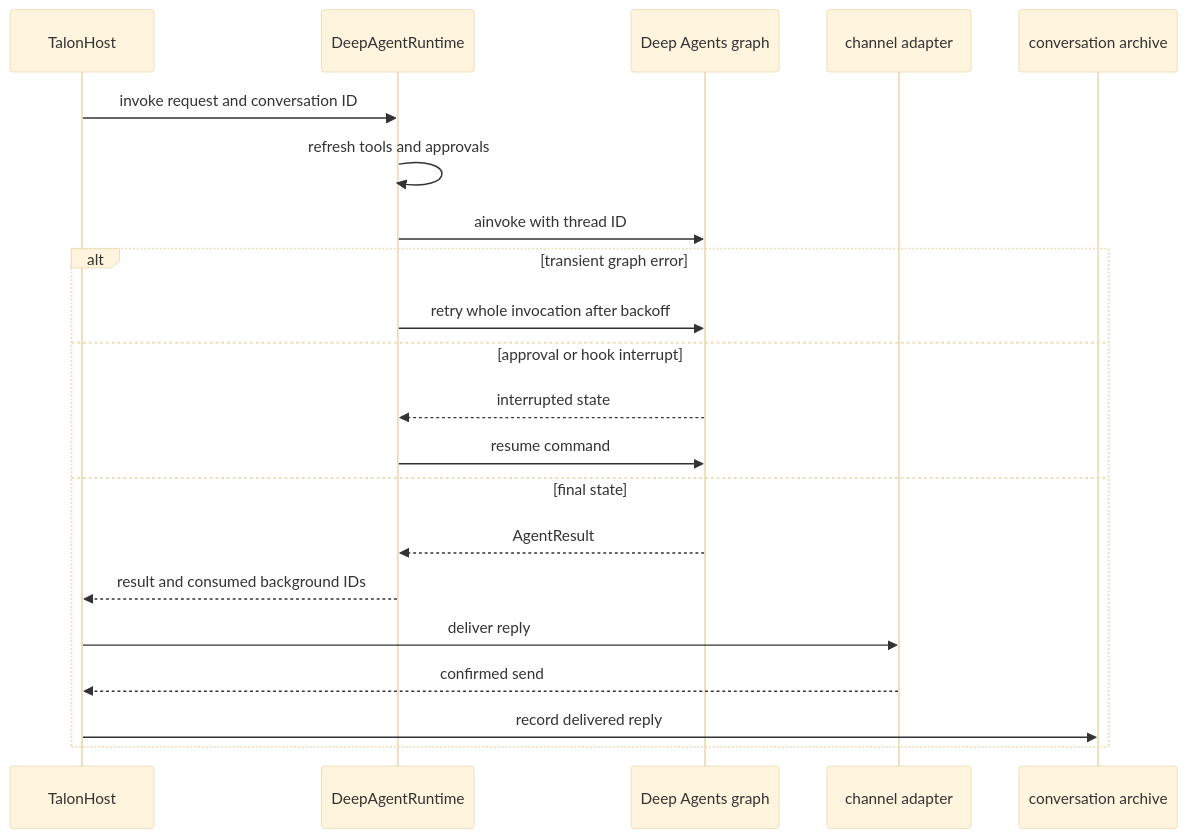
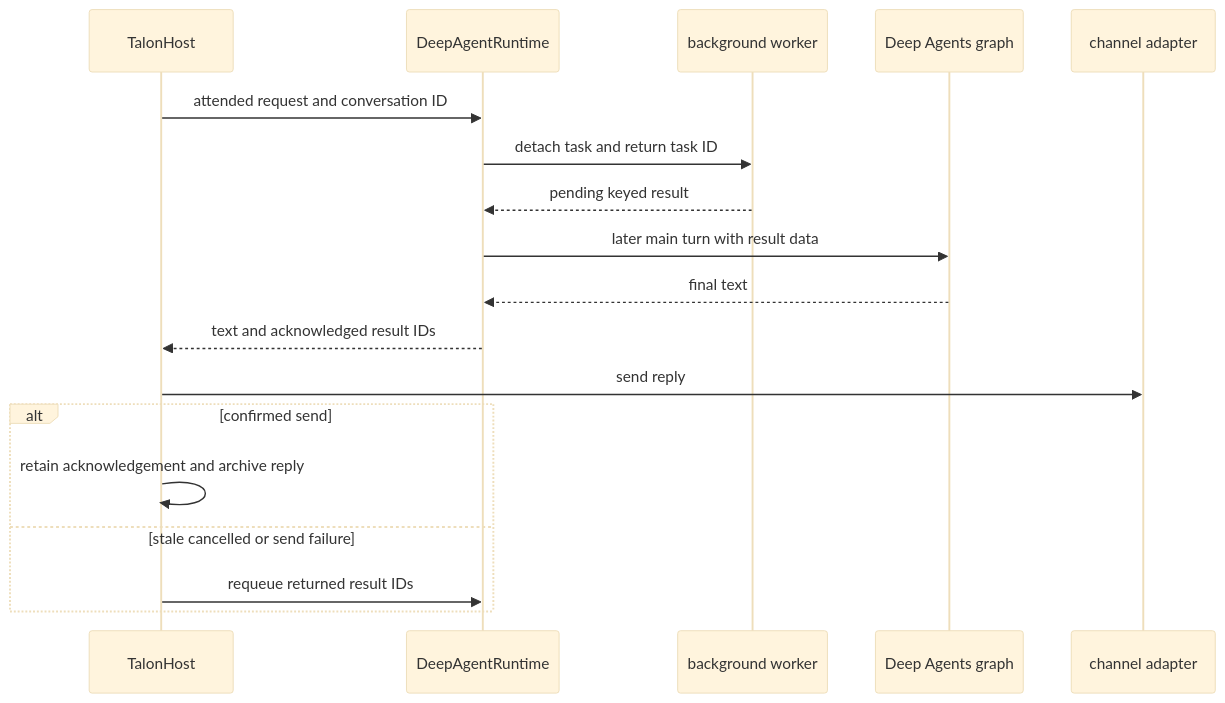
Before and after one commit to langchain-ai/deepagents: the third of 3 diagrams in openwiki/architecture/runtime-behavior.md, drawn with Mermaid (base theme). The commit also changed other lines of this file and 46 other files, not shown here.

````diff
--- a/openwiki/architecture/runtime-behavior.md
+++ b/openwiki/architecture/runtime-behavior.md
@@ -119,23 +121,20 @@
 ```mermaid
 sequenceDiagram
     participant Host as TalonHost
     participant Runtime as DeepAgentRuntime
+    participant Worker as background worker
     participant Graph as Deep Agents graph
     participant Channel as channel adapter
-    participant Archive as conversation archive
-    Host->>Runtime: invoke request and conversation ID
-    Runtime->>Runtime: refresh tools and approvals
-    Runtime->>Graph: ainvoke with thread ID
-    alt transient graph error
-        Runtime->>Graph: retry whole invocation after backoff
-    else approval or hook interrupt
-        Graph-->>Runtime: interrupted state
-        Runtime->>Graph: resume command
-    else final state
-        Graph-->>Runtime: AgentResult
-        Runtime-->>Host: result and consumed background IDs
-        Host->>Channel: deliver reply
-        Channel-->>Host: confirmed send
-        Host->>Archive: record delivered reply
+    Host->>Runtime: attended request and conversation ID
+    Runtime->>Worker: detach task and return task ID
+    Worker-->>Runtime: pending keyed result
+    Runtime->>Graph: later main turn with result data
+    Graph-->>Runtime: final text
+    Runtime-->>Host: text and acknowledged result IDs
+    Host->>Channel: send reply
+    alt confirmed send
+        Host->>Host: retain acknowledgement and archive reply
+    else stale cancelled or send failure
+        Host->>Runtime: requeue returned result IDs
     end
 ```
````
